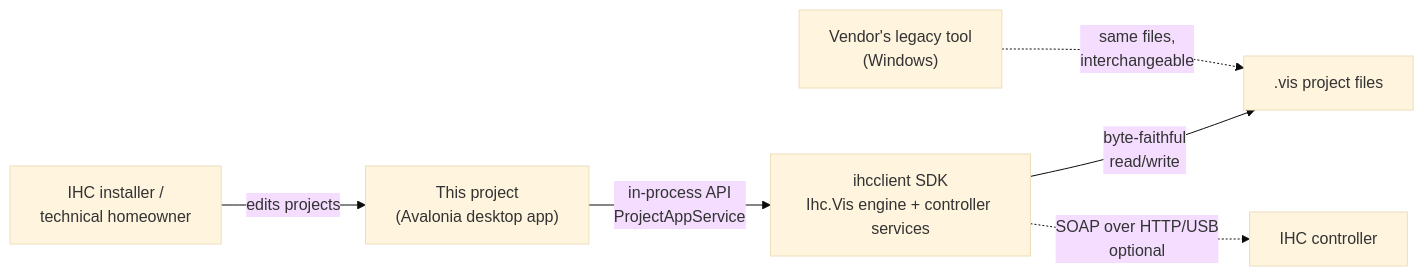
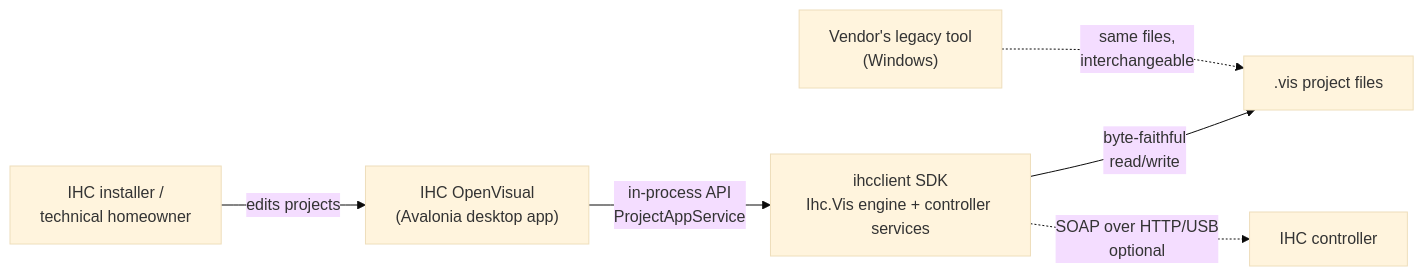
The diagram in applications/ihc_openvisual/docs/product.md (mmc41/IHCClientSDK), drawn with Mermaid (base theme) before and after one commit. The commit also changed other lines of this file and 10 other files, not shown here.

````diff
--- a/applications/ihc_openvisual/docs/product.md
+++ b/applications/ihc_openvisual/docs/product.md
@@ -27,8 +27,8 @@
 ```mermaid
 graph LR
-    User["IHC installer /\ntechnical homeowner"] -->|edits projects| App["This project\n(Avalonia desktop app)"]
+    User["IHC installer /\ntechnical homeowner"] -->|edits projects| App["IHC OpenVisual\n(Avalonia desktop app)"]
     App -->|in-process API\nProjectAppService| SDK["ihcclient SDK\nIhc.Vis engine + controller services"]
     SDK -->|byte-faithful\nread/write| Vis[".vis project files"]
     SDK -.->|SOAP over HTTP/USB\noptional| Ctrl["IHC controller"]
     Legacy["Vendor's legacy tool\n(Windows)"] -.->|same files,\ninterchangeable| Vis
 ```
````
